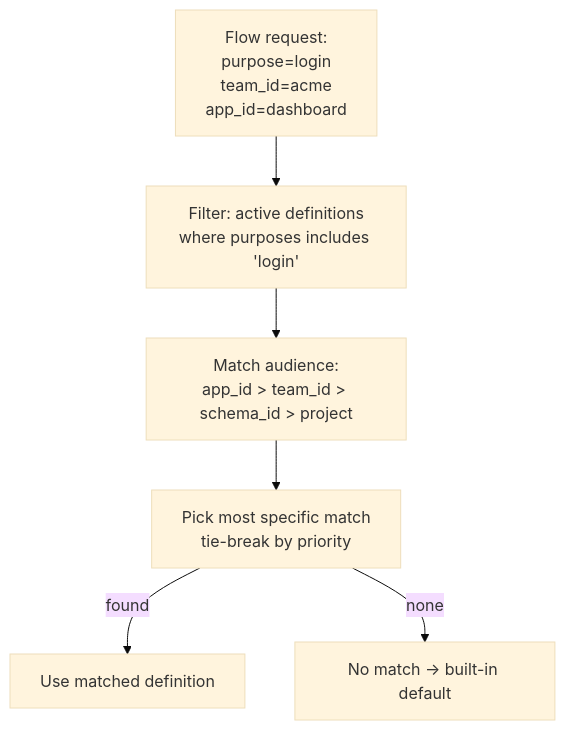
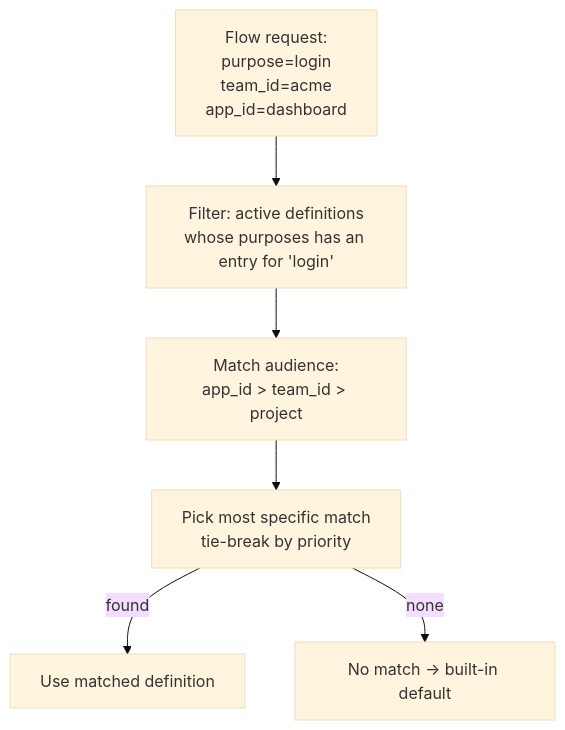
The sixth of 9 diagrams in docs/design/flowengine/flow-engine-guide.md (zitadel/nextgen), drawn with Mermaid (base theme) before and after one commit. The commit also changed other lines of this file and 2 other files, not shown here.

````diff
--- a/docs/design/flowengine/flow-engine-guide.md
+++ b/docs/design/flowengine/flow-engine-guide.md
@@ -416,12 +421,12 @@
 ```mermaid
 flowchart TD
     req["Flow request:<br>purpose=login<br>team_id=acme<br>app_id=dashboard"]
-    filter["Filter: active definitions<br>where purposes includes 'login'"]
-    match["Match audience:<br>app_id > team_id > schema_id > project"]
+    filter["Filter: active definitions<br>whose purposes has an entry for 'login'"]
+    match["Match audience:<br>app_id > team_id > project"]
     pick["Pick most specific match<br>tie-break by priority"]
     fallback["No match → built-in default"]
 
     req --> filter --> match --> pick
     pick -->|found| use["Use matched definition"]
     pick -->|none| fallback
 ```
````
